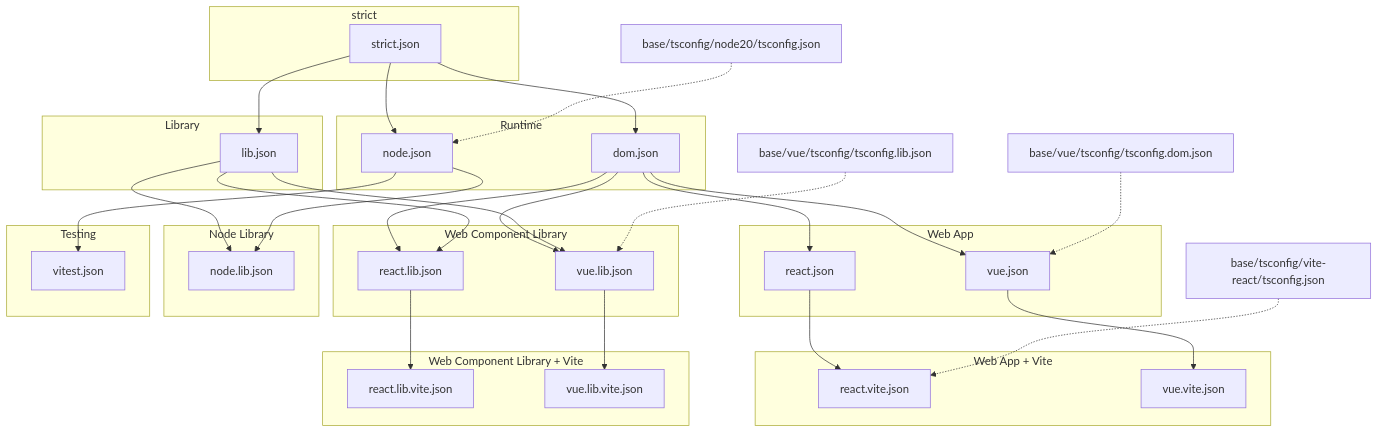
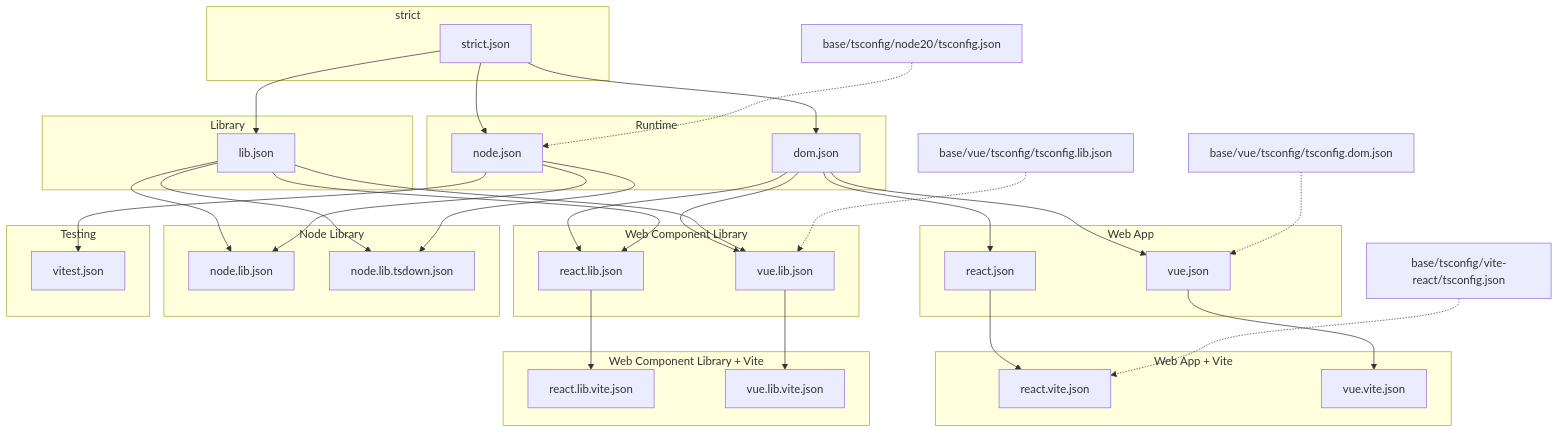
One commit to tofrankie/config changed the diagram in packages/tsconfig/DEPENDENCY_GRAPH.md. Above: the diagram before and after it, drawn with Mermaid. The commit also changed 4 other files, not shown here.

````diff
--- a/packages/tsconfig/DEPENDENCY_GRAPH.md
+++ b/packages/tsconfig/DEPENDENCY_GRAPH.md
@@ -5,69 +5,72 @@
 ```mermaid
 flowchart TB
   subgraph strictEntry [strict]
     strict[strict.json]
   end
 
   subgraph runtime [Runtime]
     node[node.json]
     dom[dom.json]
   end
 
   subgraph libShape [Library]
     lib[lib.json]
   end
 
   subgraph webApp [Web App]
     reactApp[react.json]
     vueApp[vue.json]
   end
 
   subgraph webAppVite [Web App + Vite]
     reactVite[react.vite.json]
     vueVite[vue.vite.json]
   end
 
   subgraph webLib [Web Component Library]
     reactLib[react.lib.json]
     vueLib[vue.lib.json]
   end
 
   subgraph webLibVite [Web Component Library + Vite]
     reactLibVite[react.lib.vite.json]
     vueLibVite[vue.lib.vite.json]
   end
 
   subgraph nodePkg [Node Library]
     nodeLib[node.lib.json]
+    nodeLibTsdown[node.lib.tsdown.json]
   end
 
   subgraph testing [Testing]
     vitest[vitest.json]
   end
 
   strict --> dom
   strict --> lib
   strict --> node
 
   dom --> reactApp
   dom --> vueApp
   dom --> reactLib
   dom --> vueLib
   lib --> reactLib
   lib --> vueLib
   lib --> nodeLib
   node --> nodeLib
+  lib --> nodeLibTsdown
+  node --> nodeLibTsdown
 
   reactApp --> reactVite
   vueApp --> vueVite
 
   reactLib --> reactLibVite
   vueLib --> vueLibVite
 
   node --> vitest
 
   node20["base/tsconfig/node20/tsconfig.json"] -.-> node
   viteReact["base/tsconfig/vite-react/tsconfig.json"] -.-> reactVite
   vueDom["base/vue/tsconfig/tsconfig.dom.json"] -.-> vueApp
   vueLibSnap["base/vue/tsconfig/tsconfig.lib.json"] -.-> vueLib
 ```
````
